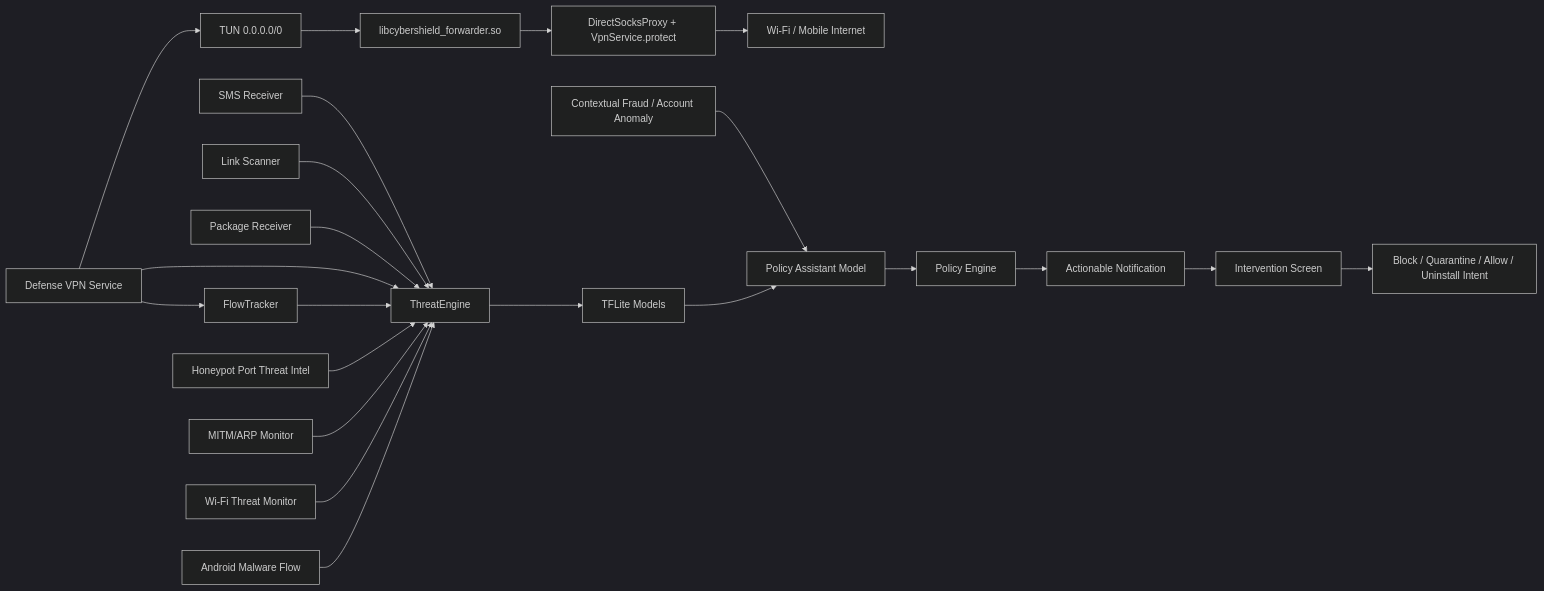
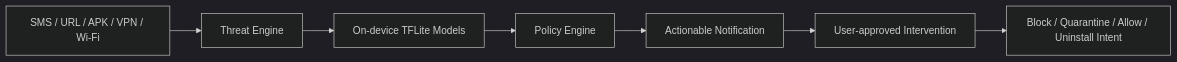
Before and after one commit to chefvolkan53-ctrl/CyberShieldAndroid: the diagram in README.md, drawn with Mermaid (dark theme). The commit also changed other lines of this file and 6 other files, not shown here.

````diff
--- a/README.md
+++ b/README.md
@@ -83,24 +41,9 @@
 ```mermaid
 flowchart LR
-    SMS[SMS Receiver] --> Engine[ThreatEngine]
-    URL[Link Scanner] --> Engine
-    APK[Package Receiver] --> Engine
-    VPN[Defense VPN Service] --> TUN[TUN 0.0.0.0/0]
-    TUN --> Native[libcybershield_forwarder.so]
-    Native --> SOCKS[DirectSocksProxy + VpnService.protect]
-    SOCKS --> NET[Wi-Fi / Mobile Internet]
-    VPN --> Flow[FlowTracker]
-    VPN --> Engine
-    Flow --> Engine
-    HONEY[Honeypot Port Threat Intel] --> Engine
-    CTX[Contextual Fraud / Account Anomaly] --> Assistant
-    ARP[MITM/ARP Monitor] --> Engine
-    WIFI[Wi-Fi Threat Monitor] --> Engine
-    AndroidFlow[Android Malware Flow] --> Engine
-    Engine --> TFLite[TFLite Models]
-    TFLite --> Assistant[Policy Assistant Model]
-    Assistant --> Policy[Policy Engine]
-    Policy --> Notify[Actionable Notification]
-    Notify --> Intervention[Intervention Screen]
-    Intervention --> Block[Block / Quarantine / Allow / Uninstall Intent]
+    Sources["SMS / URL / APK / VPN / Wi-Fi"] --> Engine["Threat Engine"]
+    Engine --> Models["On-device TFLite Models"]
+    Models --> Policy["Policy Engine"]
+    Policy --> Notify["Actionable Notification"]
+    Notify --> Intervention["User-approved Intervention"]
+    Intervention --> Actions["Block / Quarantine / Allow / Uninstall Intent"]
 ```
````
